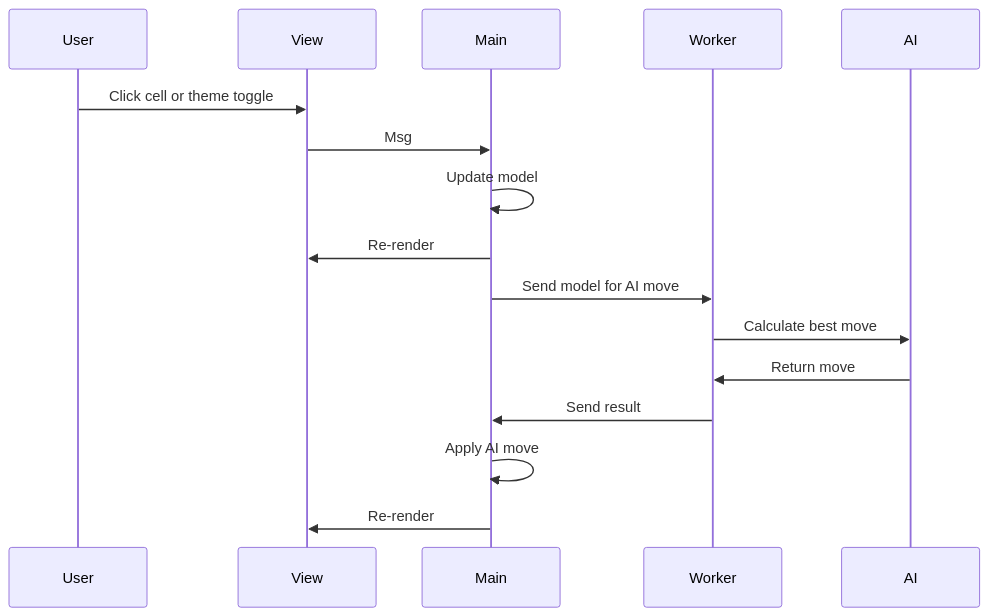
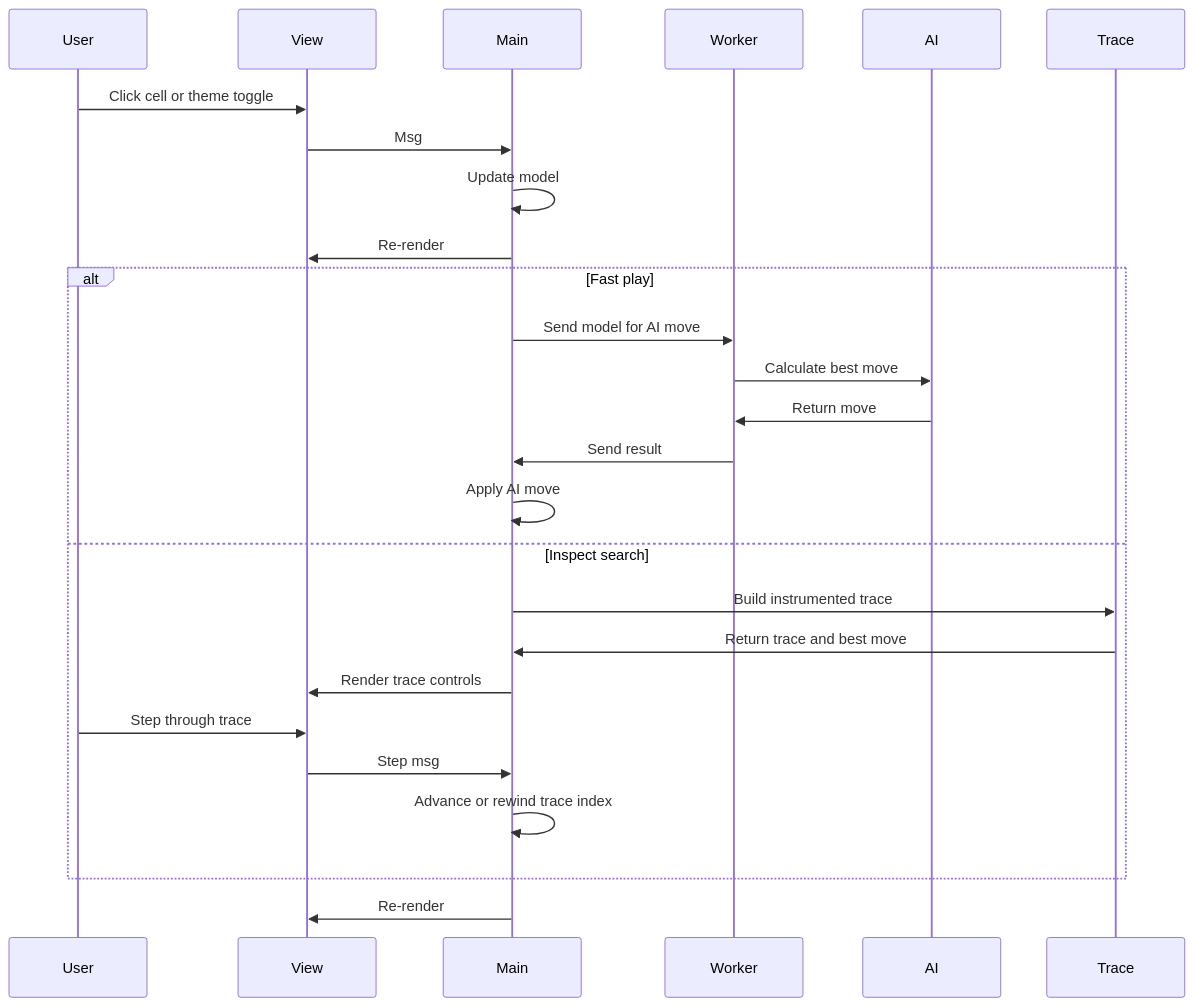
One commit to genthaler/elm-tic-tac-toe changed the second of 2 diagrams in docs/specs/tic-tac-toe-game/design.md. Above: the diagram before and after it, drawn with Mermaid. The commit also changed other lines of this file and 14 other files, not shown here.

````diff
--- a/docs/specs/tic-tac-toe-game/design.md
+++ b/docs/specs/tic-tac-toe-game/design.md
@@ -36,19 +39,29 @@
 ```mermaid
 sequenceDiagram
     participant User
     participant View
     participant Main
     participant Worker
     participant AI
+    participant Trace
 
     User->>View: Click cell or theme toggle
     View->>Main: Msg
     Main->>Main: Update model
     Main->>View: Re-render
-    Main->>Worker: Send model for AI move
-    Worker->>AI: Calculate best move
-    AI->>Worker: Return move
-    Worker->>Main: Send result
-    Main->>Main: Apply AI move
+    alt Fast play
+        Main->>Worker: Send model for AI move
+        Worker->>AI: Calculate best move
+        AI->>Worker: Return move
+        Worker->>Main: Send result
+        Main->>Main: Apply AI move
+    else Inspect search
+        Main->>Trace: Build instrumented trace
+        Trace->>Main: Return trace and best move
+        Main->>View: Render trace controls
+        User->>View: Step through trace
+        View->>Main: Step msg
+        Main->>Main: Advance or rewind trace index
+    end
     Main->>View: Re-render
 ```
````
